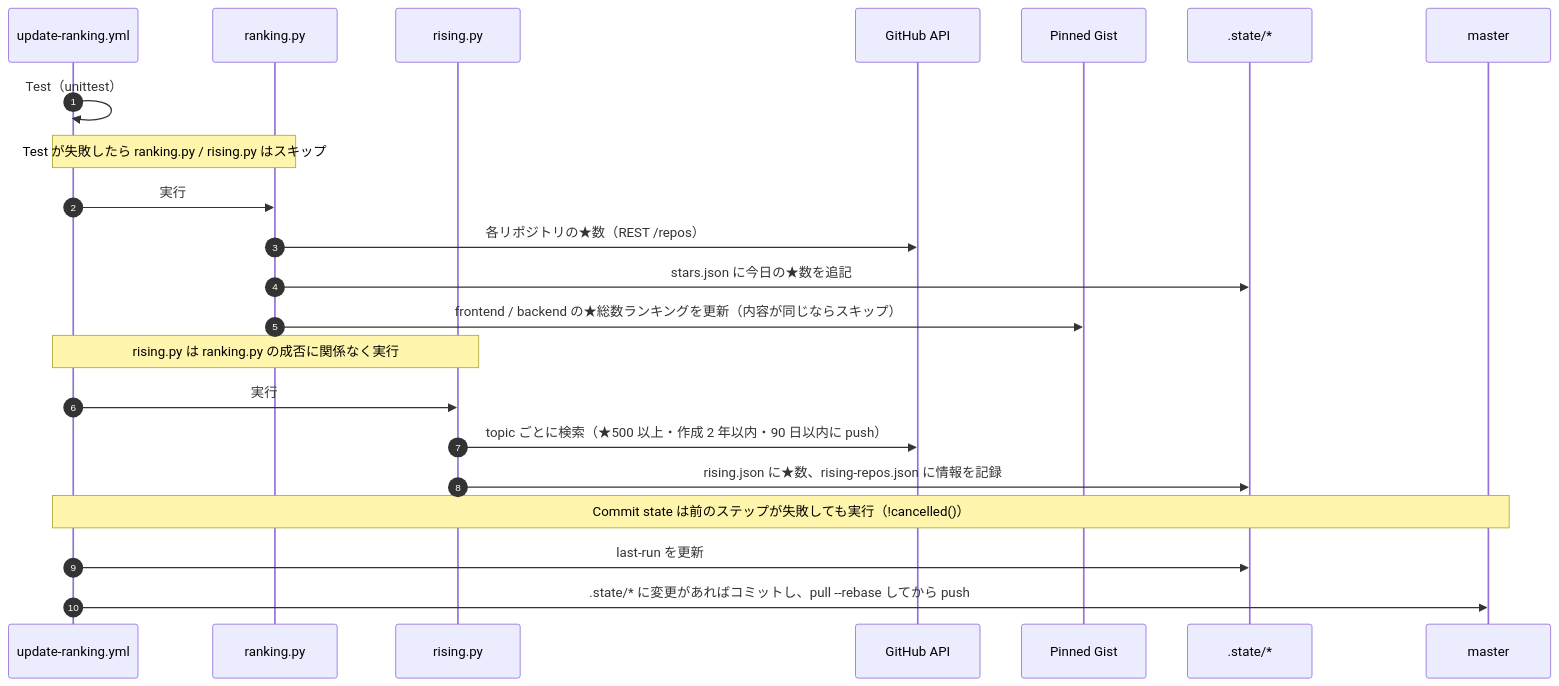
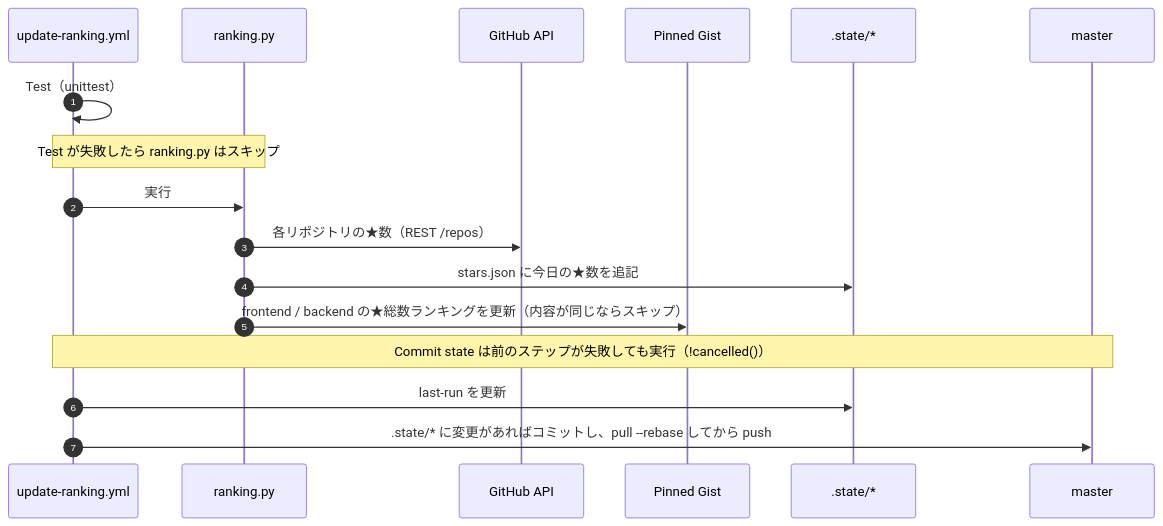
One commit to ot-nemoto/Omiya changed the second of 3 diagrams in docs/DATA_FLOW.md. Above: the diagram before and after it, drawn with Mermaid. The commit also changed other lines of this file and 15 other files, not shown here.

````diff
--- a/docs/DATA_FLOW.md
+++ b/docs/DATA_FLOW.md
@@ -82,25 +89,20 @@
 ```mermaid
 sequenceDiagram
     autonumber
     participant WF as update-ranking.yml
     participant R as ranking.py
-    participant RS as rising.py
     participant GH as GitHub API
     participant G as Pinned Gist
     participant S as .state/*
     participant M as master
 
     WF->>WF: Test（unittest）
-    Note over WF,R: Test が失敗したら ranking.py / rising.py はスキップ
+    Note over WF,R: Test が失敗したら ranking.py はスキップ
     WF->>R: 実行
     R->>GH: 各リポジトリの★数（REST /repos）
     R->>S: stars.json に今日の★数を追記
     R->>G: frontend / backend の★総数ランキングを更新（内容が同じならスキップ）
-    Note over WF,RS: rising.py は ranking.py の成否に関係なく実行
-    WF->>RS: 実行
-    RS->>GH: topic ごとに検索（★500 以上・作成 2 年以内・90 日以内に push）
-    RS->>S: rising.json に★数、rising-repos.json に情報を記録
     Note over WF,M: Commit state は前のステップが失敗しても実行（!cancelled()）
     WF->>S: last-run を更新
     WF->>M: .state/* に変更があればコミットし、pull --rebase してから push
 ```
````
